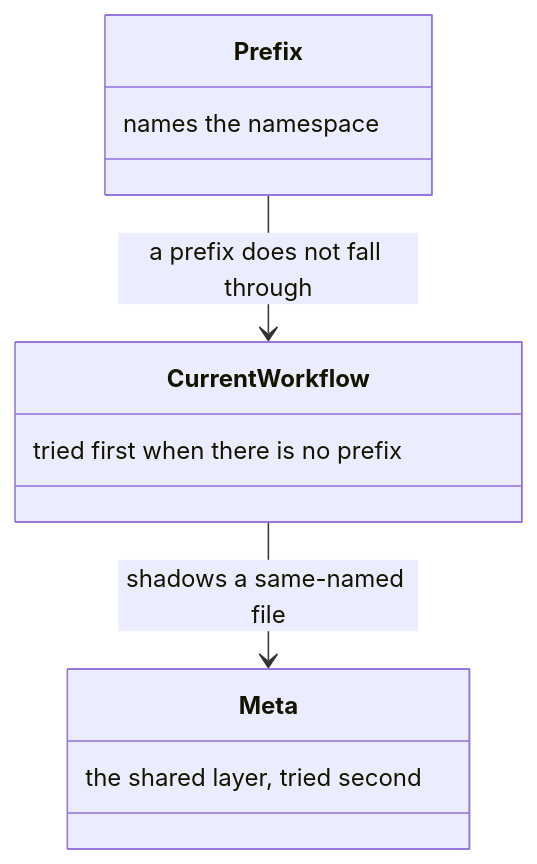
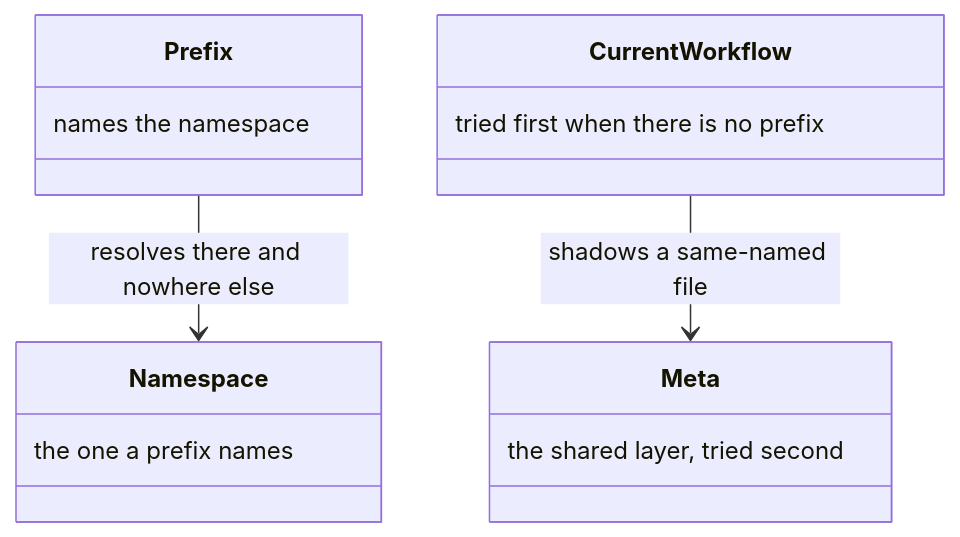
Diagram 22 of 34 in docs/resolution.md (m2ux/workflow-server), drawn with Mermaid before and after one commit. The commit also changed other lines of this file and 17 other files, not shown here.

````diff
--- a/docs/resolution.md
+++ b/docs/resolution.md
@@ -432,14 +434,17 @@
 ```mermaid
 classDiagram
   class Prefix {
     names the namespace
+  }
+  class Namespace {
+    the one a prefix names
   }
   class CurrentWorkflow {
     tried first when there is no prefix
   }
   class Meta {
     the shared layer, tried second
   }
-  Prefix --> CurrentWorkflow : a prefix does not fall through
+  Prefix --> Namespace : resolves there and nowhere else
   CurrentWorkflow --> Meta : shadows a same-named file
 ```
````
